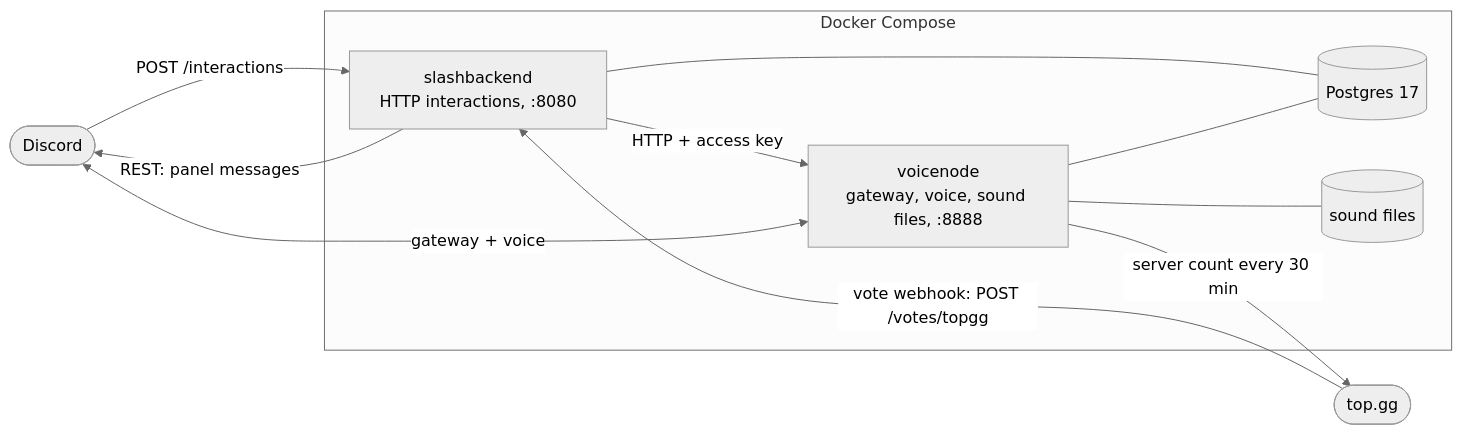
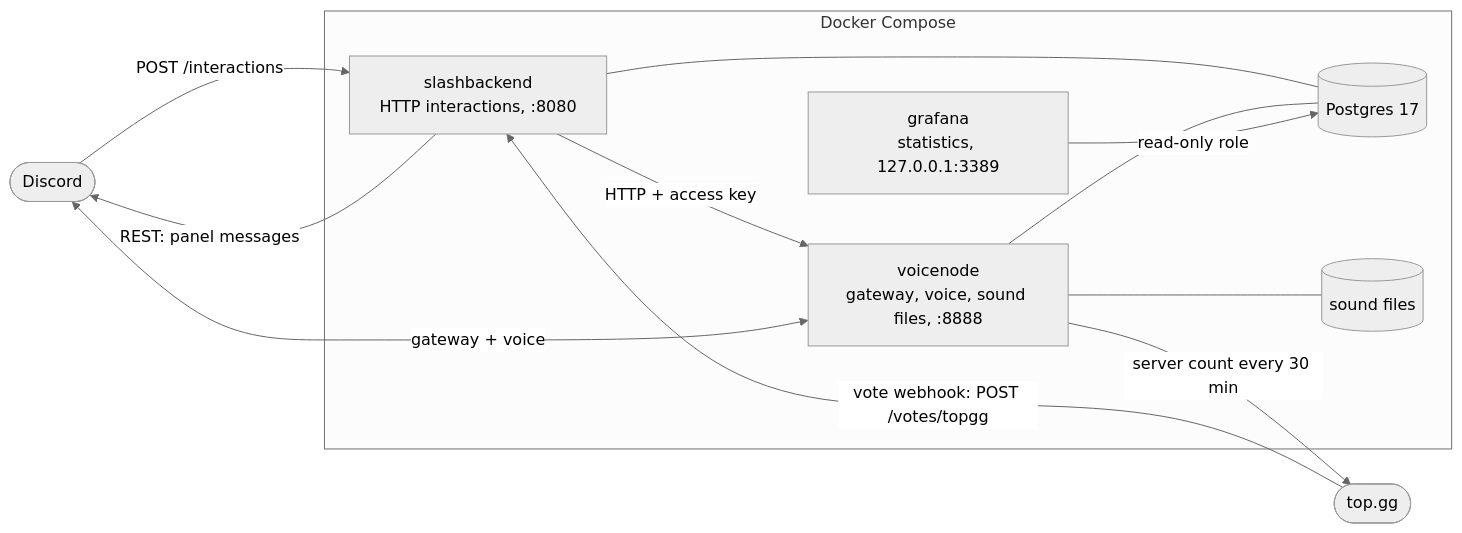
The diagram in README.md (better-airhorn/better-airhorn), drawn with Mermaid (neutral theme) before and after one commit. The commit also changed other lines of this file and 5 other files, not shown here.

````diff
--- a/README.md
+++ b/README.md
@@ -104,20 +136,22 @@
 ```mermaid
 flowchart LR
     discord([Discord])
     topgg([top.gg])
     subgraph host [Docker Compose]
         sb["slashbackend<br/>HTTP interactions, :8080"]
         vn["voicenode<br/>gateway, voice, sound files, :8888"]
         pg[("Postgres 17")]
         files[("sound files")]
+        gf["grafana<br/>statistics, 127.0.0.1:3389"]
     end
     discord -->|POST /interactions| sb
     sb -->|REST: panel messages| discord
     topgg -->|vote webhook: POST /votes/topgg| sb
     sb -->|HTTP + access key| vn
     vn <-->|gateway + voice| discord
     vn -->|server count every 30 min| topgg
     vn --- files
     sb --- pg
     vn --- pg
+    gf -->|read-only role| pg
 ```
````
